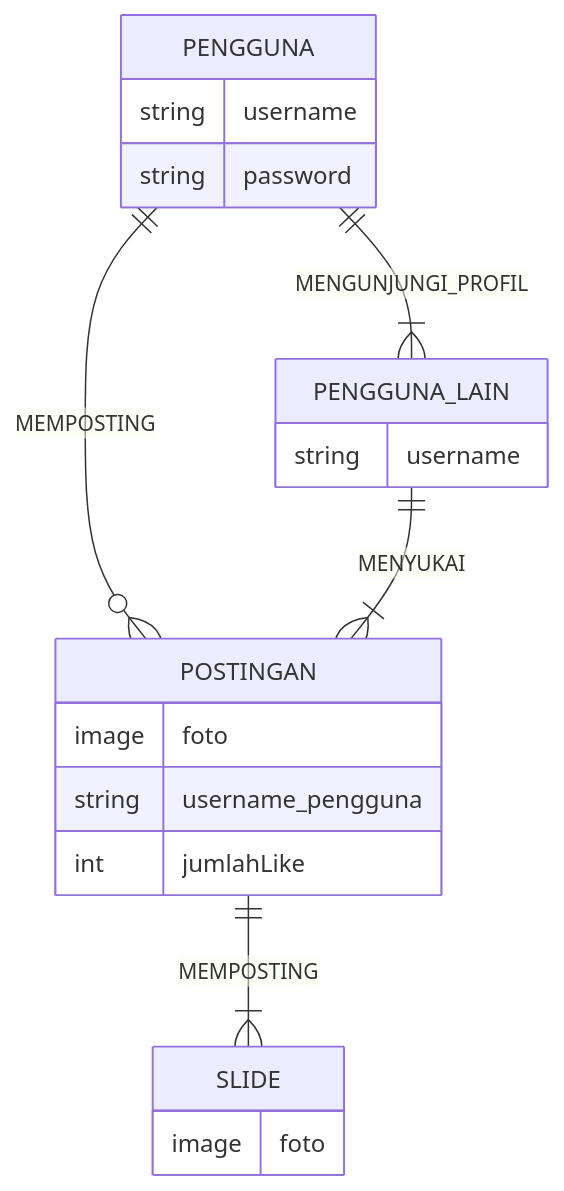
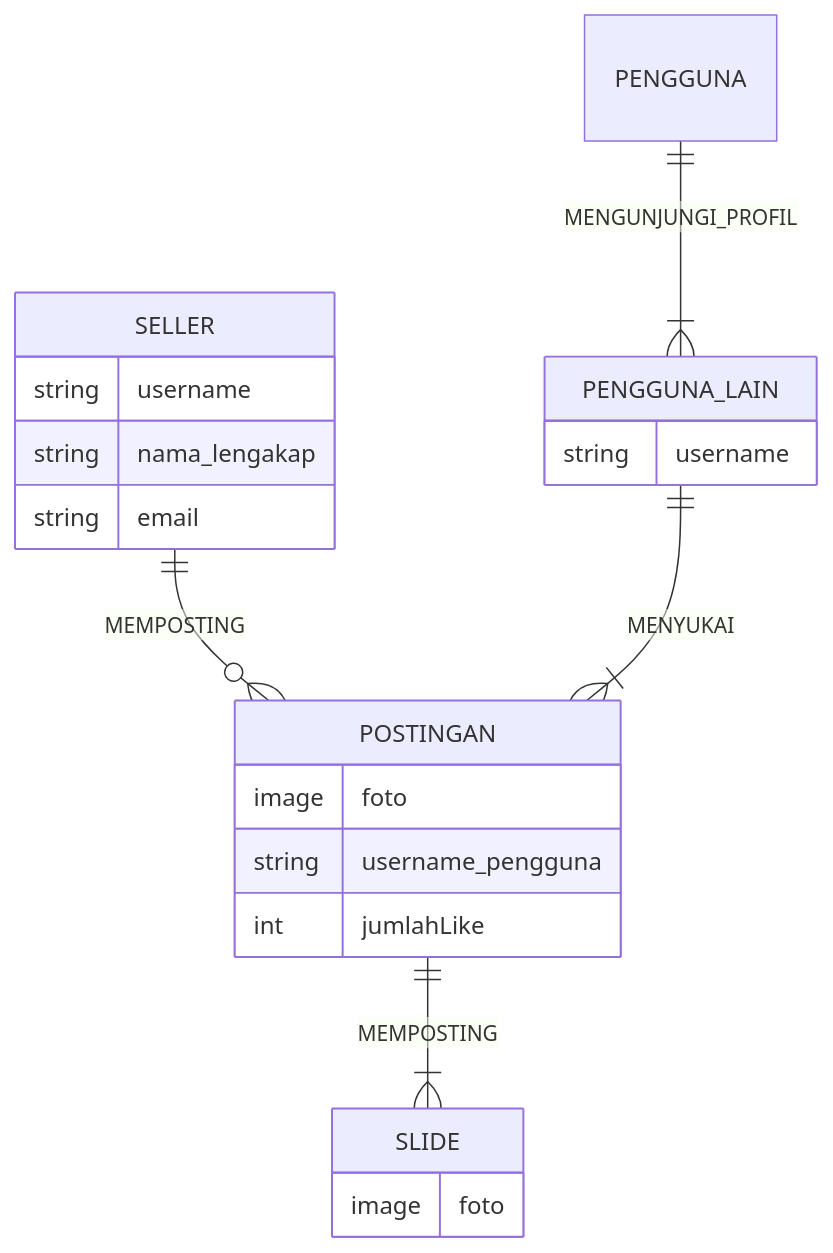
One commit to Hasbi2104/tugas-uts changed the diagram in Curriculum Vitae Job.md. Above: the diagram before and after it, drawn with Mermaid.

Commit message:
Update Curriculum Vitae Job.md

````diff
--- a/Curriculum Vitae Job.md
+++ b/Curriculum Vitae Job.md
@@ -45,25 +45,26 @@
 ```mermaid
 erDiagram
-    PENGGUNA ||--o{ POSTINGAN : MEMPOSTING
-    PENGGUNA {
+   SELLER ||--o{ POSTINGAN : MEMPOSTING
+   SELLER{
       string username
-      string password
+      string nama_lengakap
+      string email
     }
 
     PENGGUNA_LAIN ||--|{ POSTINGAN : MENYUKAI
     PENGGUNA_LAIN {
       string username
 
     }
 
     POSTINGAN {
       image foto
       string username_pengguna
       int jumlahLike
     }
     PENGGUNA ||--|{ PENGGUNA_LAIN : MENGUNJUNGI_PROFIL
     POSTINGAN ||--|{ SLIDE : MEMPOSTING
     SLIDE{
         image foto
     }
 ```
````
